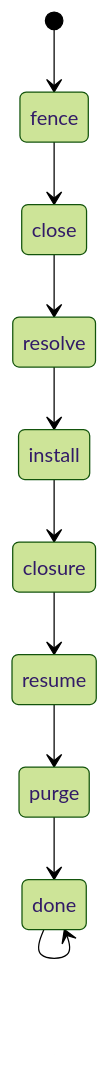
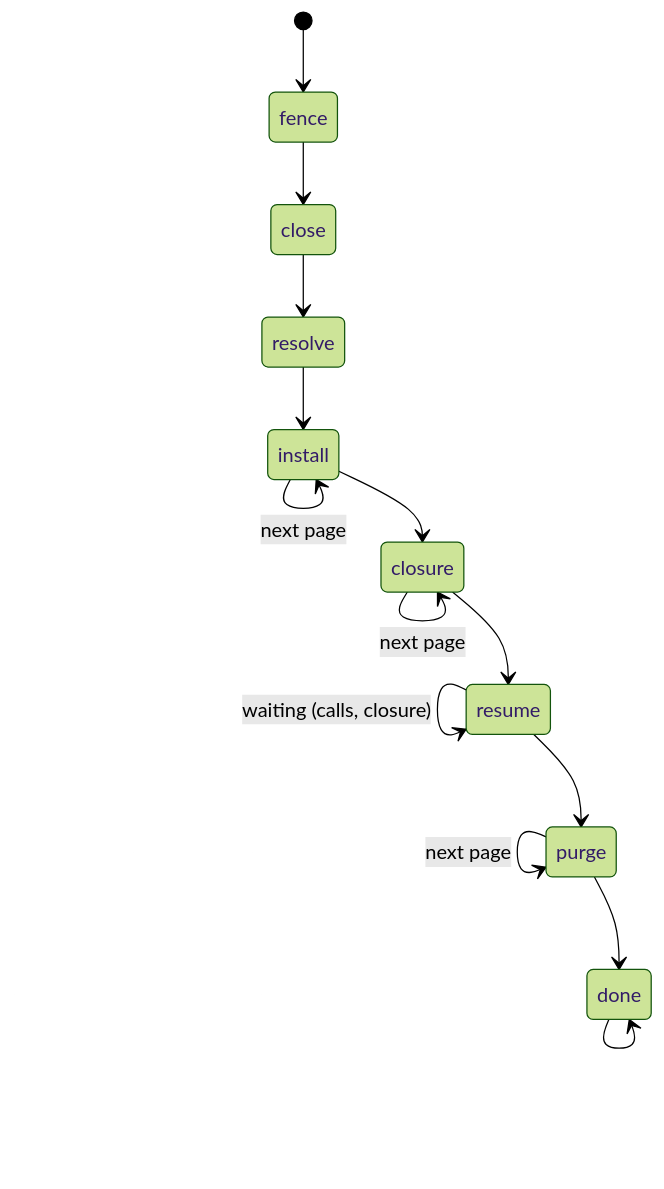
One commit to OracleOfAggieland/frankirocks changed the diagram in docs/machines/forget.md. Above: the diagram before and after it, drawn with Mermaid (forest theme). The commit also changed other lines of this file and 5 other files, not shown here.

First line of the commit message:
Run forget closure, resume and purge in the executor

````diff
--- a/docs/machines/forget.md
+++ b/docs/machines/forget.md
@@ -21,12 +27,16 @@
 ```mermaid
 stateDiagram-v2
   [*] --> fence
   fence --> close
   close --> resolve
   resolve --> install
+  install --> install: next page
   install --> closure
+  closure --> closure: next page
   closure --> resume
+  resume --> resume: waiting (calls, closure)
   resume --> purge
+  purge --> purge: next page
   purge --> done
   done --> done
 ```
````
